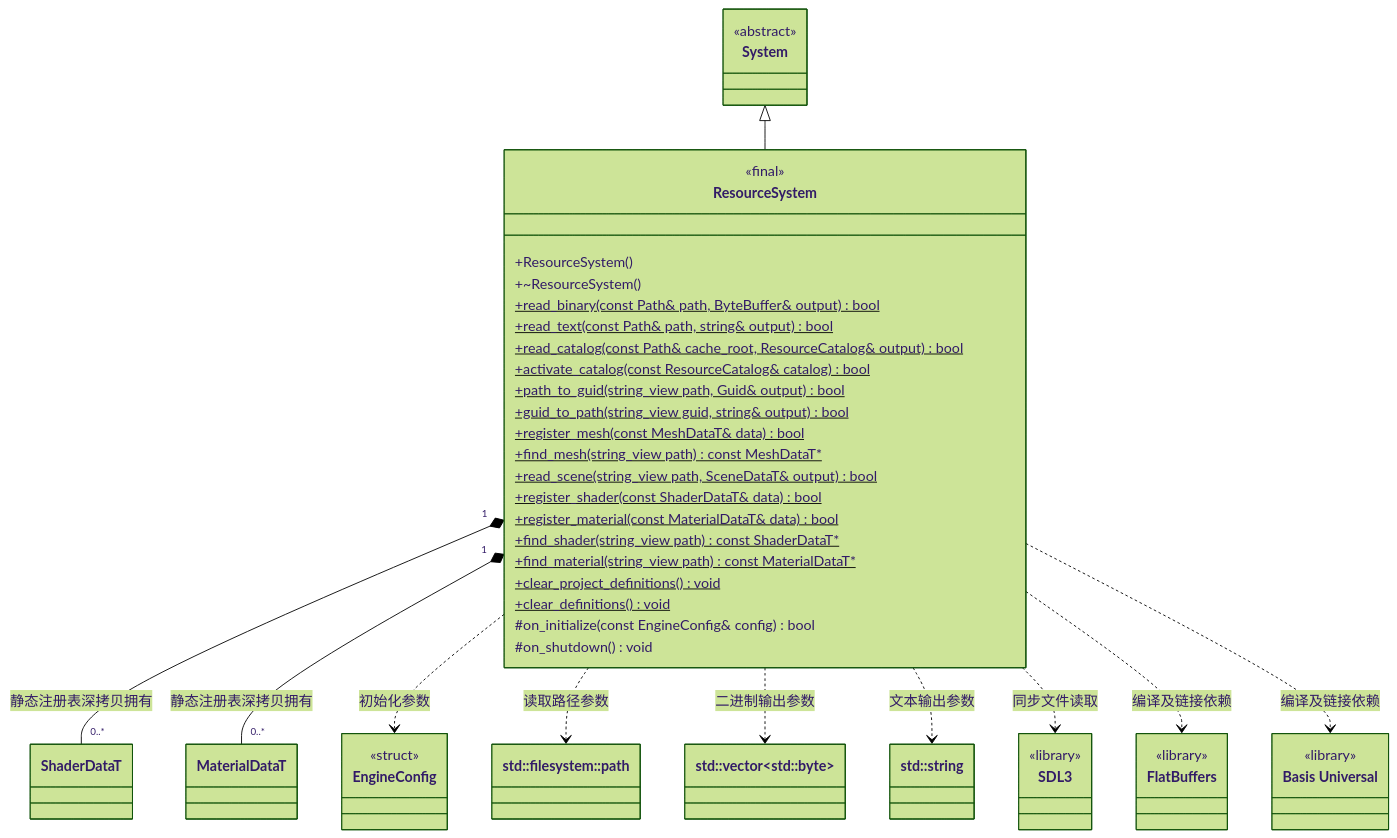
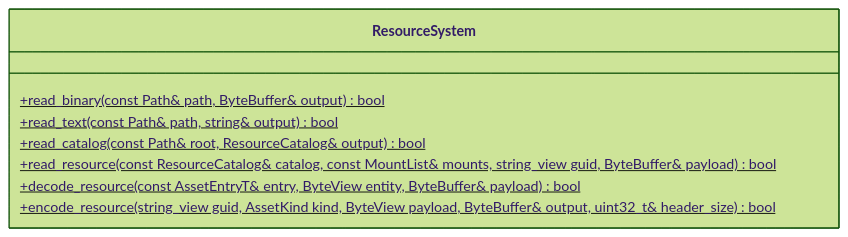
Before and after one commit to lcals/Engine: the sixth of 7 diagrams in docs/runtime/class-diagrams/resource-system.md, drawn with Mermaid (forest theme). The commit also changed other lines of this file and 96 other files, not shown here.

````diff
--- a/docs/runtime/class-diagrams/resource-system.md
+++ b/docs/runtime/class-diagrams/resource-system.md
@@ -7,56 +110,11 @@
 ```mermaid
 classDiagram
-    direction TB
     class ResourceSystem {
-        <<final>>
-        +ResourceSystem()
-        +~ResourceSystem()
         +read_binary(const Path& path, ByteBuffer& output) bool$
         +read_text(const Path& path, string& output) bool$
-        +read_catalog(const Path& cache_root, ResourceCatalog& output) bool$
-        +activate_catalog(const ResourceCatalog& catalog) bool$
-        +path_to_guid(string_view path, Guid& output) bool$
-        +guid_to_path(string_view guid, string& output) bool$
-        +register_mesh(const MeshDataT& data) bool$
-        +find_mesh(string_view path) const MeshDataT#42;$
-        +read_scene(string_view path, SceneDataT& output) bool$
-        +register_shader(const ShaderDataT& data) bool$
-        +register_material(const MaterialDataT& data) bool$
-        +find_shader(string_view path) const ShaderDataT#42;$
-        +find_material(string_view path) const MaterialDataT#42;$
-        +clear_project_definitions() void$
-        +clear_definitions() void$
-        #on_initialize(const EngineConfig& config) bool
-        #on_shutdown() void
+        +read_catalog(const Path& root, ResourceCatalog& output) bool$
+        +read_resource(const ResourceCatalog& catalog, const MountList& mounts, string_view guid, ByteBuffer& payload) bool$
+        +decode_resource(const AssetEntryT& entry, ByteView entity, ByteBuffer& payload) bool$
+        +encode_resource(string_view guid, AssetKind kind, ByteView payload, ByteBuffer& output, uint32_t& header_size) bool$
     }
-    class System {
-        <<abstract>>
-    }
-    class EngineConfig {
-        <<struct>>
-    }
-    class Path["std::filesystem::path"]
-    class ByteBuffer["std::vector&lt;std::byte&gt;"]
-    class String["std::string"]
-    class SDL3 {
-        <<library>>
-    }
-    class FlatBuffers {
-        <<library>>
-    }
-    class BasisUniversal["Basis Universal"] {
-        <<library>>
-    }
-    class ShaderDataT
-    class MaterialDataT
-    System <|-- ResourceSystem
-    ResourceSystem "1" *-- "0..*" ShaderDataT : 静态注册表深拷贝拥有
-    ResourceSystem "1" *-- "0..*" MaterialDataT : 静态注册表深拷贝拥有
-    ResourceSystem ..> EngineConfig : 初始化参数
-    ResourceSystem ..> Path : 读取路径参数
-    ResourceSystem ..> ByteBuffer : 二进制输出参数
-    ResourceSystem ..> String : 文本输出参数
-    ResourceSystem ..> SDL3 : 同步文件读取
-    ResourceSystem ..> FlatBuffers : 编译及链接依赖
-    ResourceSystem ..> BasisUniversal : 编译及链接依赖
 ```
````
